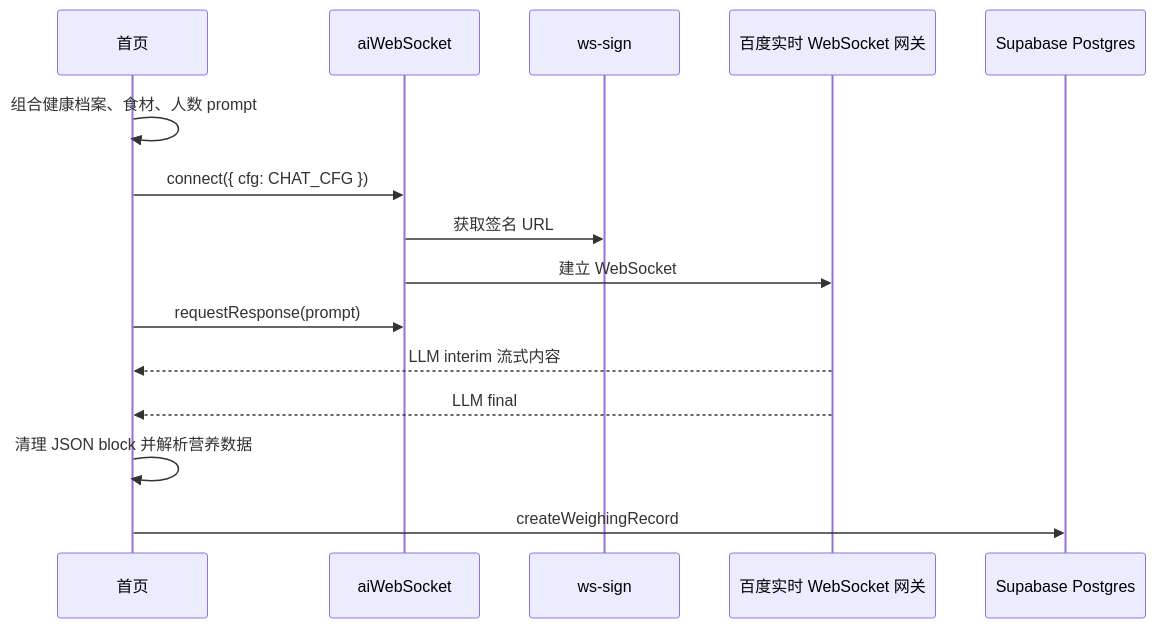
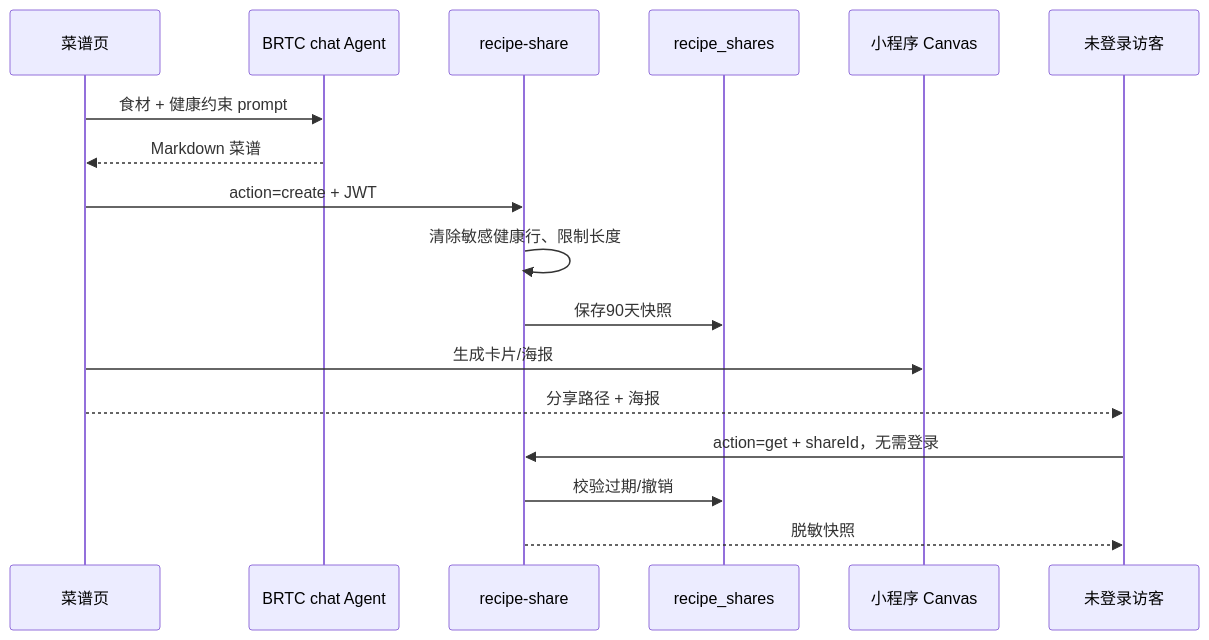
One commit to pipiwolve/HealthCare changed diagram 19 of 22 in docs/system-architecture-current-report.md. Above: the diagram before and after it, drawn with Mermaid. The commit also changed other lines of this file and 64 other files, not shown here.

````diff
--- a/docs/system-architecture-current-report.md
+++ b/docs/system-architecture-current-report.md
@@ -136,18 +689,20 @@
 ```mermaid
 sequenceDiagram
-  participant Home as 首页
-  participant WSClient as aiWebSocket
-  participant Sign as ws-sign
-  participant Gateway as 百度实时 WebSocket 网关
-  participant DB as Supabase Postgres
+  participant Page as 菜谱页
+  participant BRTC as BRTC chat Agent
+  participant Share as recipe-share
+  participant DB as recipe_shares
+  participant Canvas as 小程序 Canvas
+  participant Guest as 未登录访客
 
-  Home->>Home: 组合健康档案、食材、人数 prompt
-  Home->>WSClient: connect({ cfg: CHAT_CFG })
-  WSClient->>Sign: 获取签名 URL
-  WSClient->>Gateway: 建立 WebSocket
-  Home->>WSClient: requestResponse(prompt)
-  Gateway-->>Home: LLM interim 流式内容
-  Gateway-->>Home: LLM final
-  Home->>Home: 清理 JSON block 并解析营养数据
-  Home->>DB: createWeighingRecord
+  Page->>BRTC: 食材 + 健康约束 prompt
+  BRTC-->>Page: Markdown 菜谱
+  Page->>Share: action=create + JWT
+  Share->>Share: 清除敏感健康行、限制长度
+  Share->>DB: 保存90天快照
+  Page->>Canvas: 生成卡片/海报
+  Page-->>Guest: 分享路径 + 海报
+  Guest->>Share: action=get + shareId，无需登录
+  Share->>DB: 校验过期/撤销
+  Share-->>Guest: 脱敏快照
 ```
````
